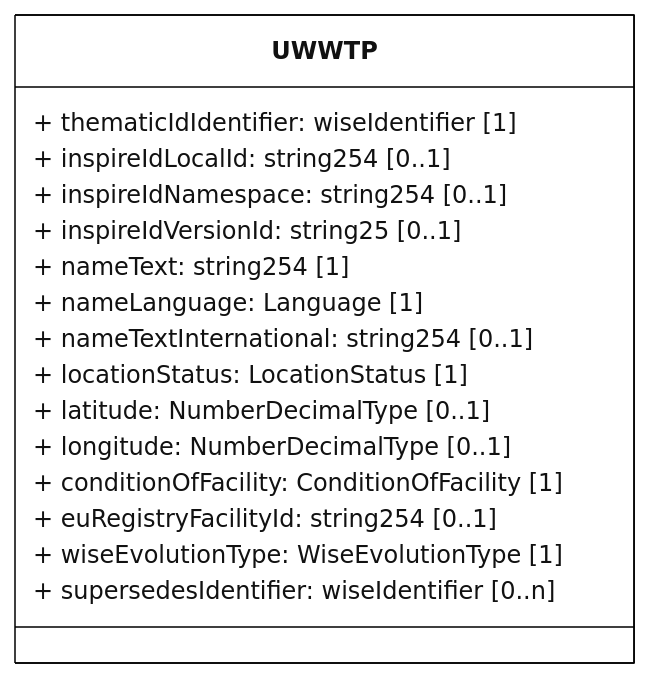
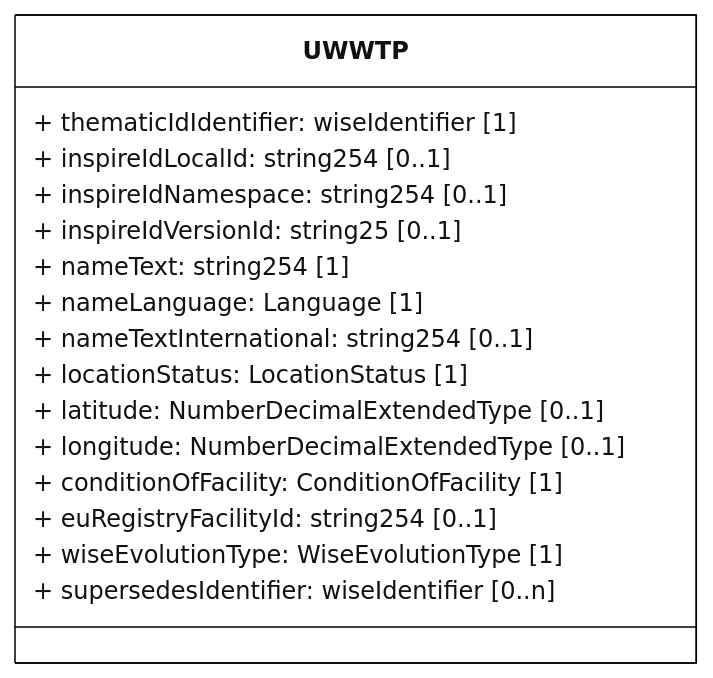
Before and after one commit to eeadata/WISE.UWWTD.Documentation: the diagram in docs/rUWWTD2024/SpatialPoints/mmd/SpatialPoints_UWWTP_ClassDiagram.mmd, drawn with Mermaid. The commit also changed 13 other files, not shown here.

First line of the commit message:
Add spatial points example diagrams and refine guidance

```diff
--- a/docs/rUWWTD2024/SpatialPoints/mmd/SpatialPoints_UWWTP_ClassDiagram.mmd
+++ b/docs/rUWWTD2024/SpatialPoints/mmd/SpatialPoints_UWWTP_ClassDiagram.mmd
@@ -1,28 +1,28 @@
 ---
 config:
   class:
     hideEmptyMembersBox: true
   layout: dagre
   theme: neutral
 ---
 classDiagram
 direction LR
 class UWWTP {
     + thematicIdIdentifier: wiseIdentifier [1]
     + inspireIdLocalId: string254 [0..1]
     + inspireIdNamespace: string254 [0..1]
     + inspireIdVersionId: string25 [0..1]
     + nameText: string254 [1]
     + nameLanguage: Language [1]
     + nameTextInternational: string254 [0..1]
     + locationStatus: LocationStatus [1]
-    + latitude: NumberDecimalType [0..1]
-    + longitude: NumberDecimalType [0..1]
+    + latitude: NumberDecimalExtendedType [0..1]
+    + longitude: NumberDecimalExtendedType [0..1]
     + conditionOfFacility: ConditionOfFacility [1]
     + euRegistryFacilityId: string254 [0..1]
     + wiseEvolutionType: WiseEvolutionType [1]
     + supersedesIdentifier: wiseIdentifier [0..n]
 }
 
 classDef default fill:white,stroke:#000;
 classDef forFixing fill:white,stroke:#f00;
```
